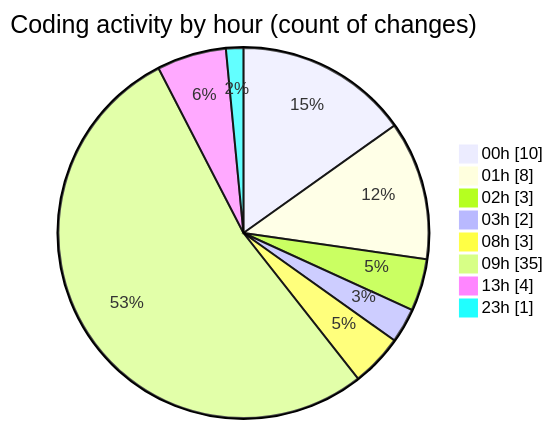
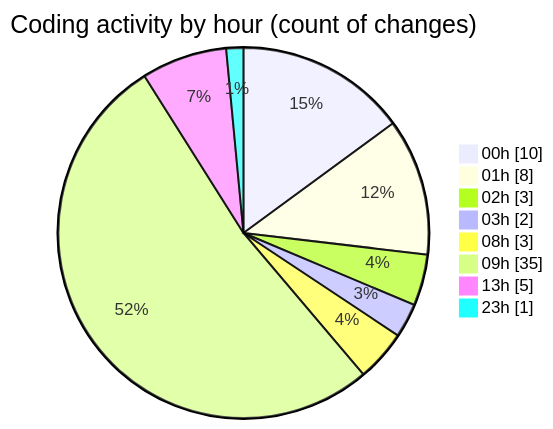
Before and after one commit to tmsrecording-cyber/code-tracking: the second of 2 diagrams in 2026-02-09/singularitybrainai/README.md, drawn with Mermaid. The commit also changed other lines of this file and 1 other file, not shown here.

````diff
--- a/2026-02-09/singularitybrainai/README.md
+++ b/2026-02-09/singularitybrainai/README.md
@@ -32,12 +32,12 @@
 ```mermaid
 pie showData
 title Coding activity by hour (count of changes)
 "00h" : 10
 "01h" : 8
 "02h" : 3
 "03h" : 2
 "08h" : 3
 "09h" : 35
-"13h" : 4
+"13h" : 5
 "23h" : 1
 ```
````
